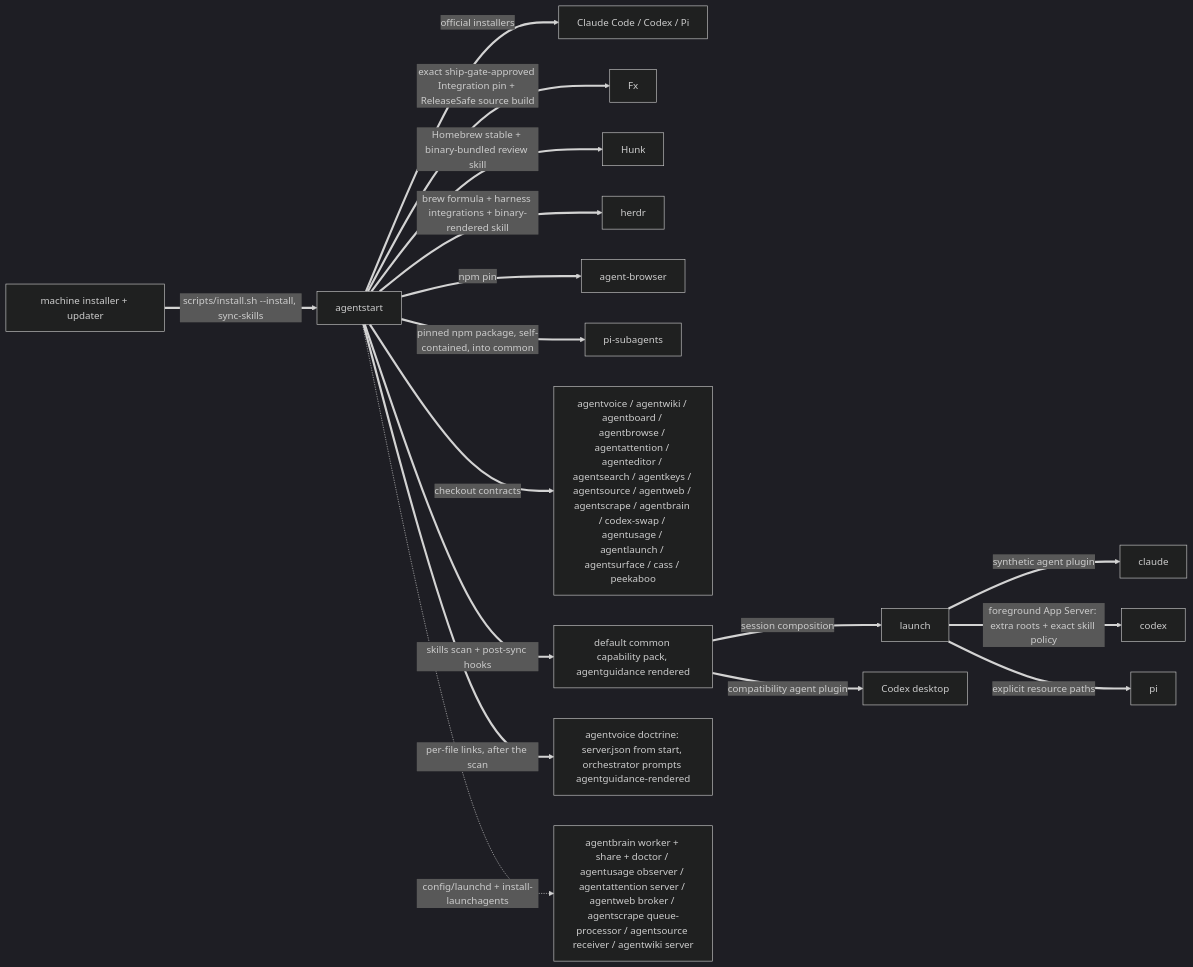
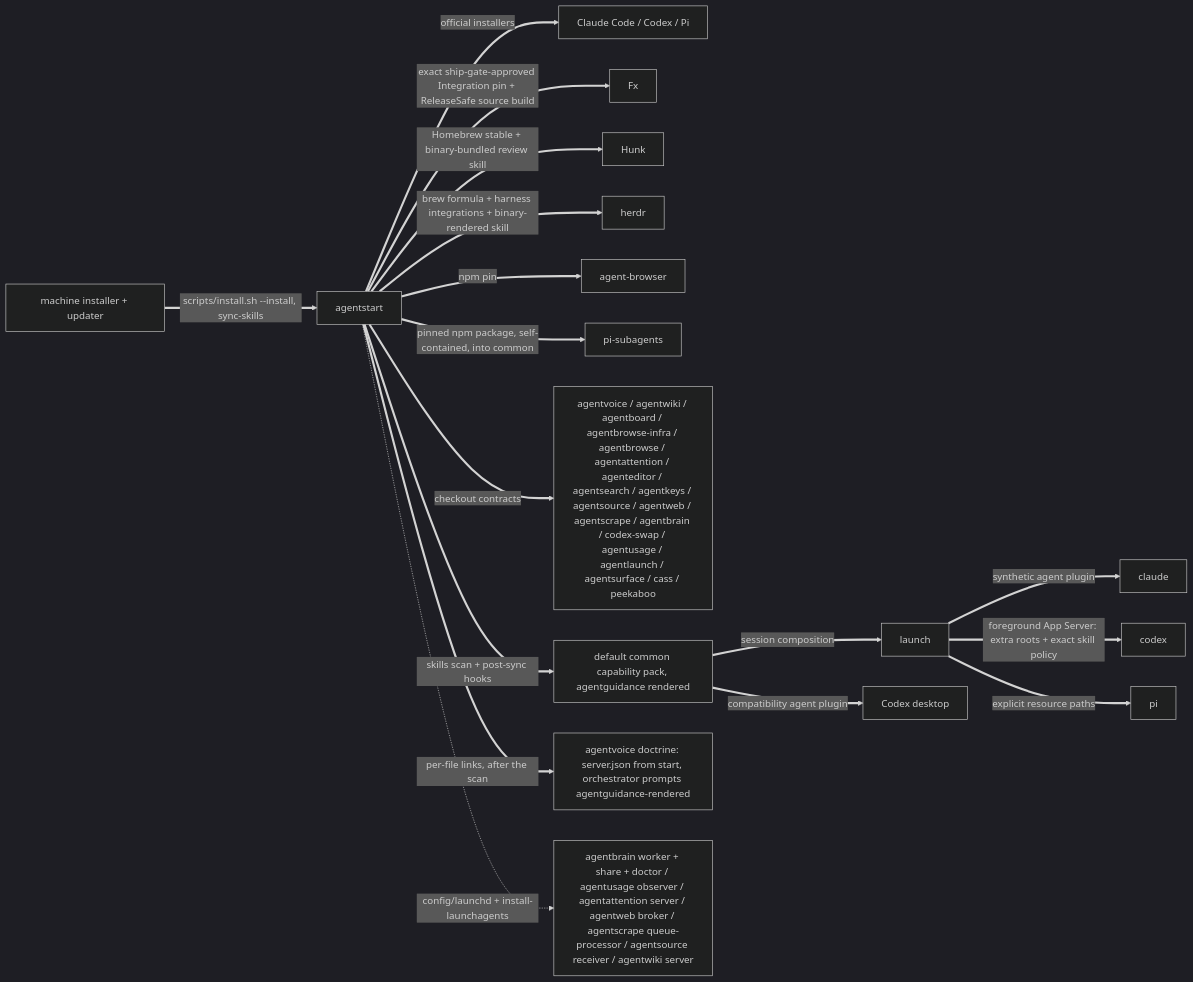
Before and after one commit to possibilities/agentstart: the second of 3 diagrams in skills/fleet/MAP.md, drawn with Mermaid (dark theme). The commit also changed other lines of this file and 10 other files, not shown here.

````diff
--- a/skills/fleet/MAP.md
+++ b/skills/fleet/MAP.md
@@ -92,22 +92,22 @@
 ```mermaid
 flowchart LR
     machine[machine installer + updater]
     start[agentstart]
 
     machine ==>|scripts/install.sh --install, sync-skills| start
     start ==>|official installers| harnesses[Claude Code / Codex / Pi]
     start ==>|exact ship-gate-approved Integration pin + ReleaseSafe source build| fx[Fx]
     start ==>|Homebrew stable + binary-bundled review skill| hunk[Hunk]
     start ==>|brew formula + harness integrations + binary-rendered skill| herdrInstall[herdr]
     start ==>|npm pin| browser[agent-browser]
     start ==>|pinned npm package, self-contained, into common| piSubagents[pi-subagents]
-    start ==>|checkout contracts| fleet[agentvoice / agentwiki / agentboard / agentbrowse / agentattention / agenteditor / agentsearch / agentkeys / agentsource / agentweb / agentscrape / agentbrain / codex-swap / agentusage / agentlaunch / agentsurface / cass / peekaboo]
+    start ==>|checkout contracts| fleet[agentvoice / agentwiki / agentboard / agentbrowse-infra / agentbrowse / agentattention / agenteditor / agentsearch / agentkeys / agentsource / agentweb / agentscrape / agentbrain / codex-swap / agentusage / agentlaunch / agentsurface / cass / peekaboo]
     start ==>|skills scan + post-sync hooks| skills[default common capability pack, agentguidance rendered]
     skills ==>|session composition| launch
     launch ==>|synthetic agent plugin| claude
     launch ==>|foreground App Server: extra roots + exact skill policy| codex
     launch ==>|explicit resource paths| pi
     skills ==>|compatibility agent plugin| codexDesktop[Codex desktop]
     start ==>|per-file links, after the scan| voiceDoctrine[agentvoice doctrine: server.json from start, orchestrator prompts agentguidance-rendered]
     start -.->|config/launchd + install-launchagents| services[agentbrain worker + share + doctor / agentusage observer / agentattention server / agentweb broker / agentscrape queue-processor / agentsource receiver / agentwiki server]
 ```
````
